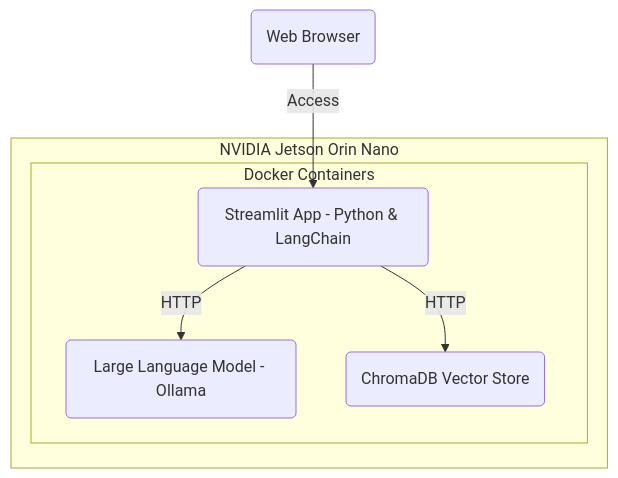
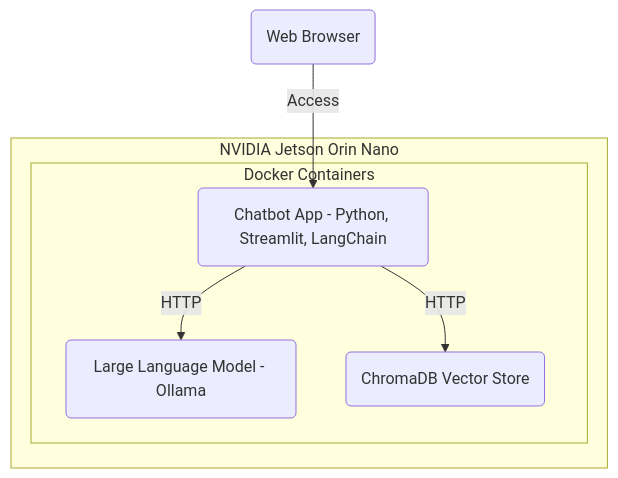
The second of 3 diagrams in README.md (hse-digital-engineering/build-your-own-chatbot), drawn with Mermaid before and after one commit. The commit also changed 1 other file, not shown here.

````diff
--- a/README.md
+++ b/README.md
@@ -100,15 +100,15 @@
 ```mermaid
 graph TD
     subgraph NVIDIA Jetson Orin Nano
         subgraph Docker Containers
-            Chatbot(Streamlit App - Python & LangChain)
+            Chatbot(Chatbot App - Python, Streamlit, LangChain)
             LLM(Large Language Model - Ollama)
             VectorStore(ChromaDB Vector Store)
         end
 
         Chatbot -->|HTTP| LLM
         Chatbot -->|HTTP| VectorStore
     end
 
     WebBrowser(Web Browser) -->|Access| Chatbot
 ```
````
